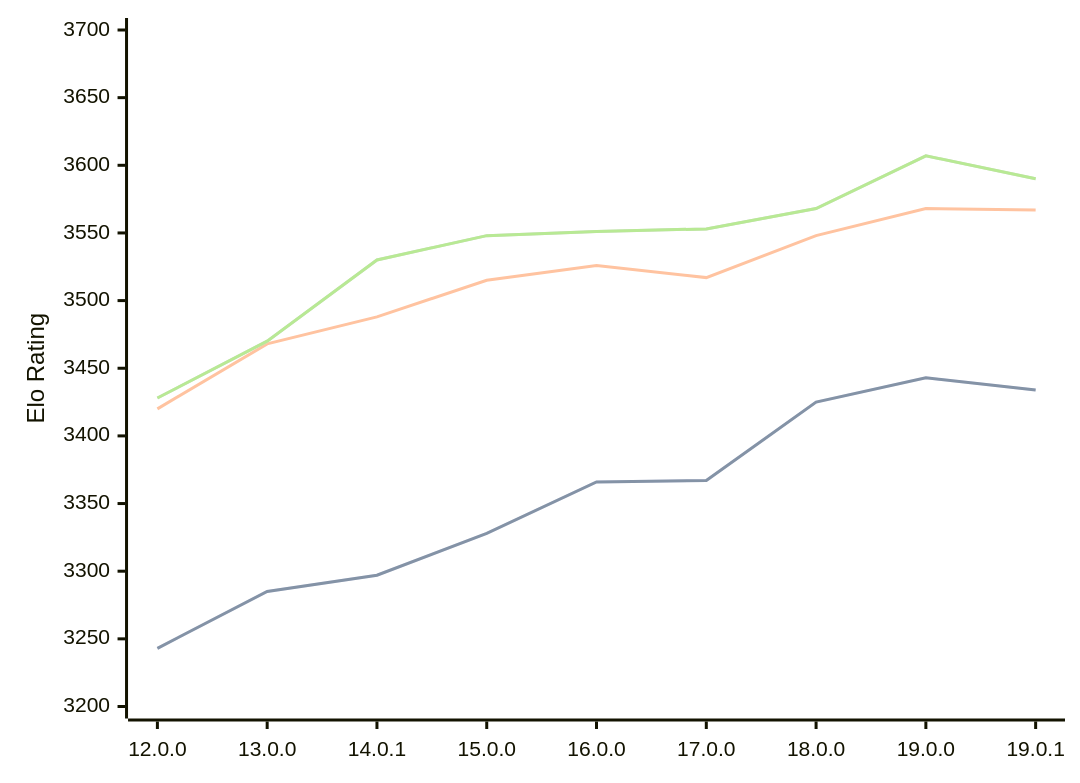
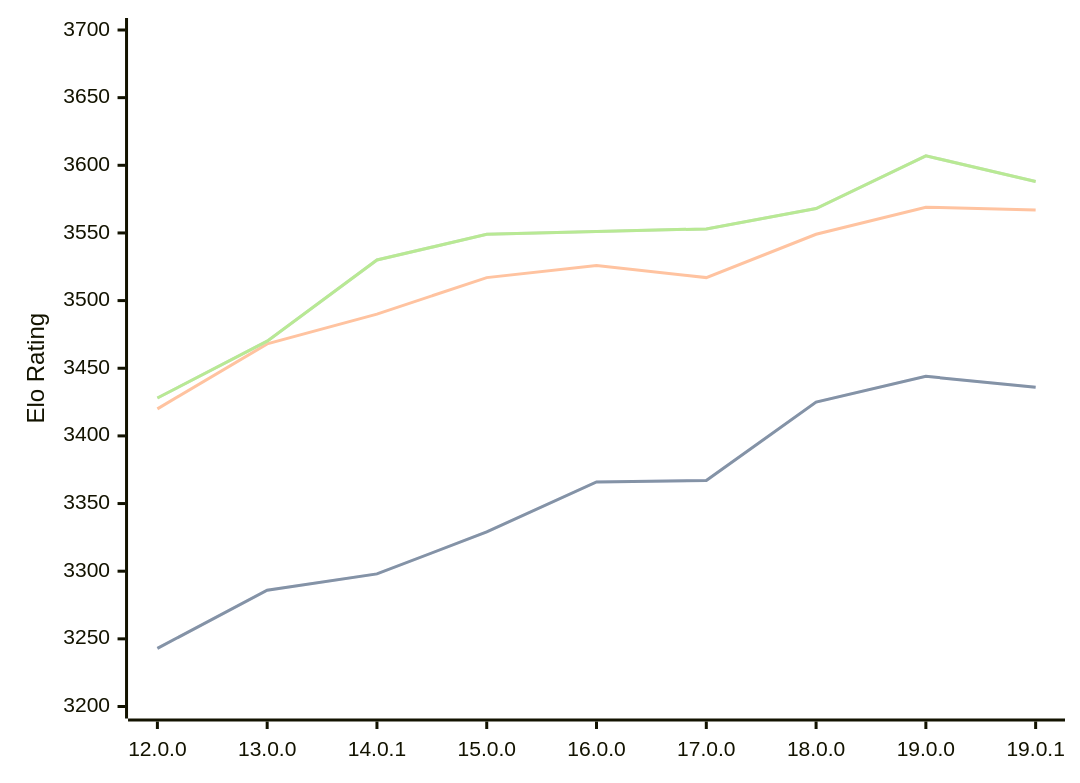
Before and after one commit to computer-chess-index/cci: the diagram in engines/Viridithas.md, drawn with Mermaid. The commit also changed other lines of this file, not shown here.

Commit message:
Update CCI Ratings (ELO VLTC) - 2026-03-14

````diff
--- a/engines/Viridithas.md
+++ b/engines/Viridithas.md
@@ -61,11 +61,11 @@
 ```mermaid
 %%{init: {"theme":"base","themeVariables":{"seriesColors:['#a3a3a3','#222221','#faa371']}}}%%
 xychart-beta
   x-axis ["12.0.0", "13.0.0", "14.0.1", "15.0.0", "16.0.0", "17.0.0", "18.0.0", "19.0.0", "19.0.1"]
   y-axis "Elo Rating" 3200 --> 3700
-  line "STC (8.0+0.08s)" [3243, 3285, 3297, 3328, 3366, 3367, 3425, 3443, 3434]
-  line "STC (8.0+0.08s)" [3243, 3285, 3297, 3328, 3366, 3367, 3425, 3443, 3434]
-  line "LTC (60.0+0.60s)" [3420, 3468, 3488, 3515, 3526, 3517, 3548, 3568, 3567]
-  line "VLTC (2m24s+1.12s)" [3428, 3470, 3530, 3548, 3551, 3553, 3568, 3607, 3590]
-  line "VLTC (2m24s+1.12s)" [3428, 3470, 3530, 3548, 3551, 3553, 3568, 3607, 3590]
+  line "STC (8.0+0.08s)" [3243, 3286, 3298, 3329, 3366, 3367, 3425, 3444, 3436]
+  line "STC (8.0+0.08s)" [3243, 3286, 3298, 3329, 3366, 3367, 3425, 3444, 3436]
+  line "LTC (60.0+0.60s)" [3420, 3468, 3490, 3517, 3526, 3517, 3549, 3569, 3567]
+  line "VLTC (2m24s+1.12s)" [3428, 3470, 3530, 3549, 3551, 3553, 3568, 3607, 3588]
+  line "VLTC (2m24s+1.12s)" [3428, 3470, 3530, 3549, 3551, 3553, 3568, 3607, 3588]
 ```
````
